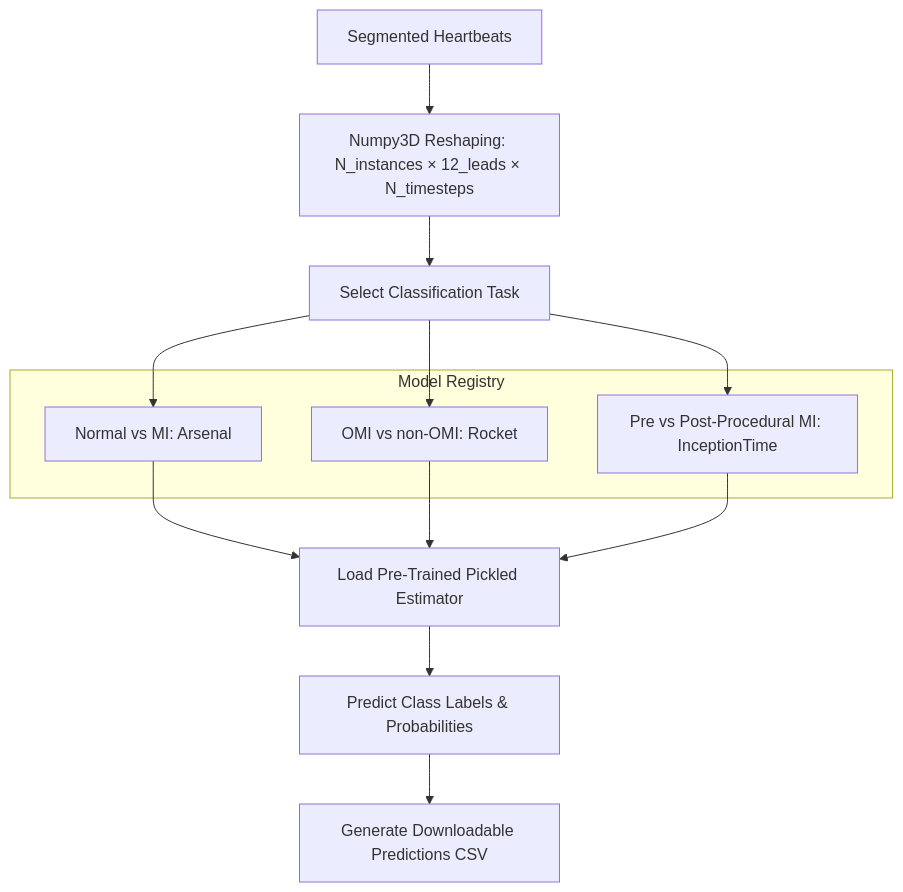
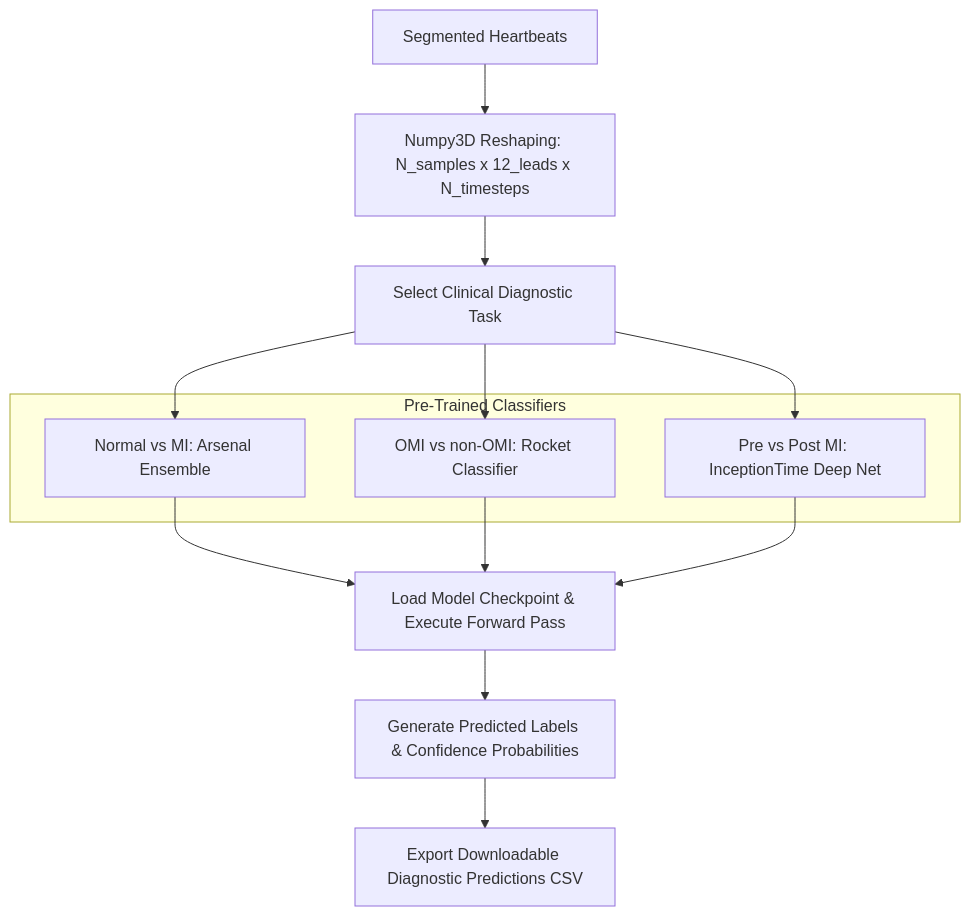
The fourth of 4 diagrams in README.md (nshreyasvi/ECGLight), drawn with Mermaid before and after one commit. The commit also changed other lines of this file and 18 other files, not shown here.

````diff
--- a/README.md
+++ b/README.md
@@ -305,14 +338,14 @@
 ```mermaid
 graph TD
-    A[Segmented Heartbeats] --> B[Numpy3D Reshaping: N_instances × 12_leads × N_timesteps]
-    B --> C[Select Classification Task]
-    subgraph Model Registry
-        C1[Normal vs MI: Arsenal]
-        C2[OMI vs non-OMI: Rocket]
-        C3[Pre vs Post-Procedural MI: InceptionTime]
+    A[Segmented Heartbeats] --> B[Numpy3D Reshaping: N_samples x 12_leads x N_timesteps]
+    B --> C[Select Clinical Diagnostic Task]
+    subgraph Pre-Trained Classifiers
+        C1[Normal vs MI: Arsenal Ensemble]
+        C2[OMI vs non-OMI: Rocket Classifier]
+        C3[Pre vs Post MI: InceptionTime Deep Net]
     end
     C --> C1 & C2 & C3
-    C1 & C2 & C3 --> D[Load Pre-Trained Pickled Estimator]
-    D --> E[Predict Class Labels & Probabilities]
-    E --> F[Generate Downloadable Predictions CSV]
+    C1 & C2 & C3 --> D[Load Model Checkpoint & Execute Forward Pass]
+    D --> E[Generate Predicted Labels & Confidence Probabilities]
+    E --> F[Export Downloadable Diagnostic Predictions CSV]
 ```
````
